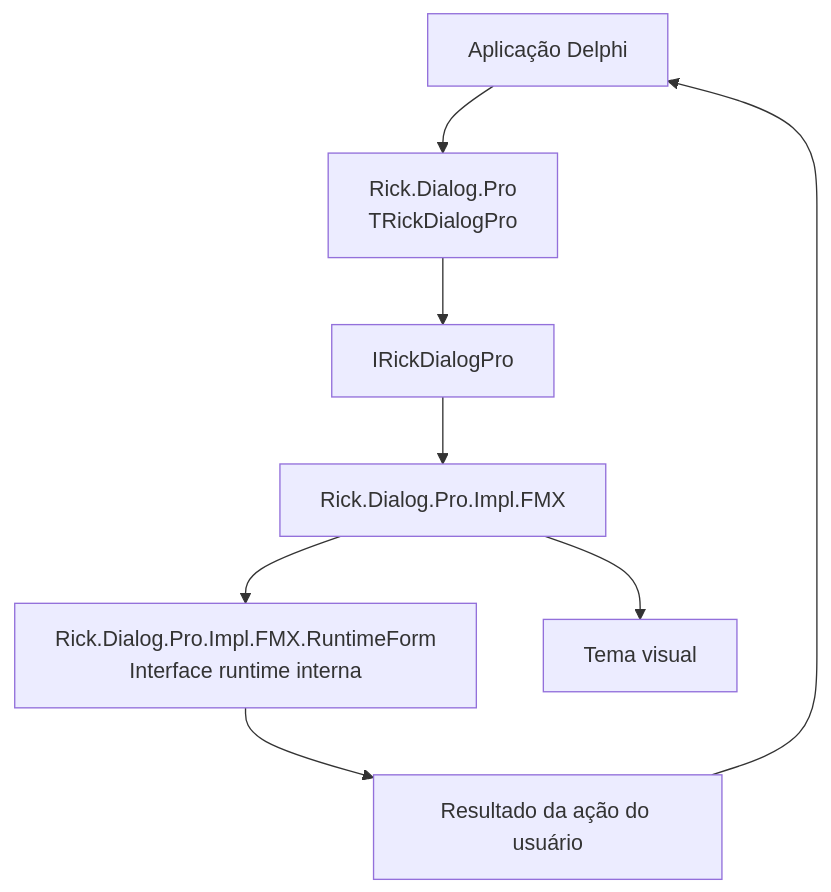
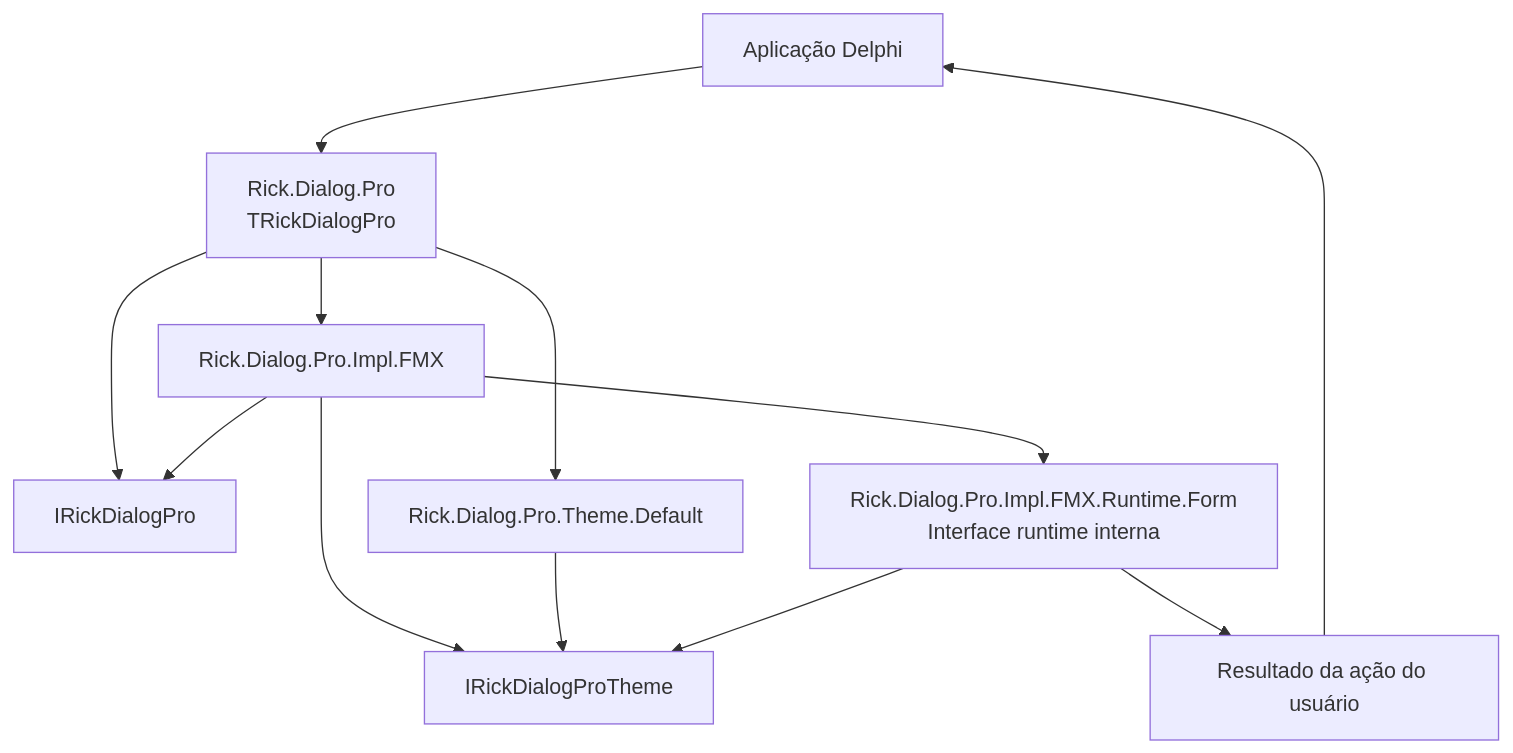
One commit to ricksolucoes/RickDialogPro changed the first of 2 diagrams in README.pt-BR.md. Above: the diagram before and after it, drawn with Mermaid. The commit also changed other lines of this file and 20 other files, not shown here.

````diff
--- a/README.pt-BR.md
+++ b/README.pt-BR.md
@@ -84,10 +84,14 @@
 ```mermaid
 flowchart TD
     APP[Aplicação Delphi] --> API[Rick.Dialog.Pro\nTRickDialogPro]
     API --> CONTRACT[IRickDialogPro]
-    CONTRACT --> IMPL[Rick.Dialog.Pro.Impl.FMX]
-    IMPL --> RUNTIME[Rick.Dialog.Pro.Impl.FMX.RuntimeForm\nInterface runtime interna]
-    IMPL --> THEME[Tema visual]
+    API --> IMPL[Rick.Dialog.Pro.Impl.FMX]
+    API --> DEFAULT[Rick.Dialog.Pro.Theme.Default]
+    IMPL --> CONTRACT
+    IMPL --> THEME[IRickDialogProTheme]
+    DEFAULT --> THEME
+    IMPL --> RUNTIME[Rick.Dialog.Pro.Impl.FMX.Runtime.Form\nInterface runtime interna]
+    RUNTIME --> THEME
     RUNTIME --> RESULT[Resultado da ação do usuário]
     RESULT --> APP
 ```
````
